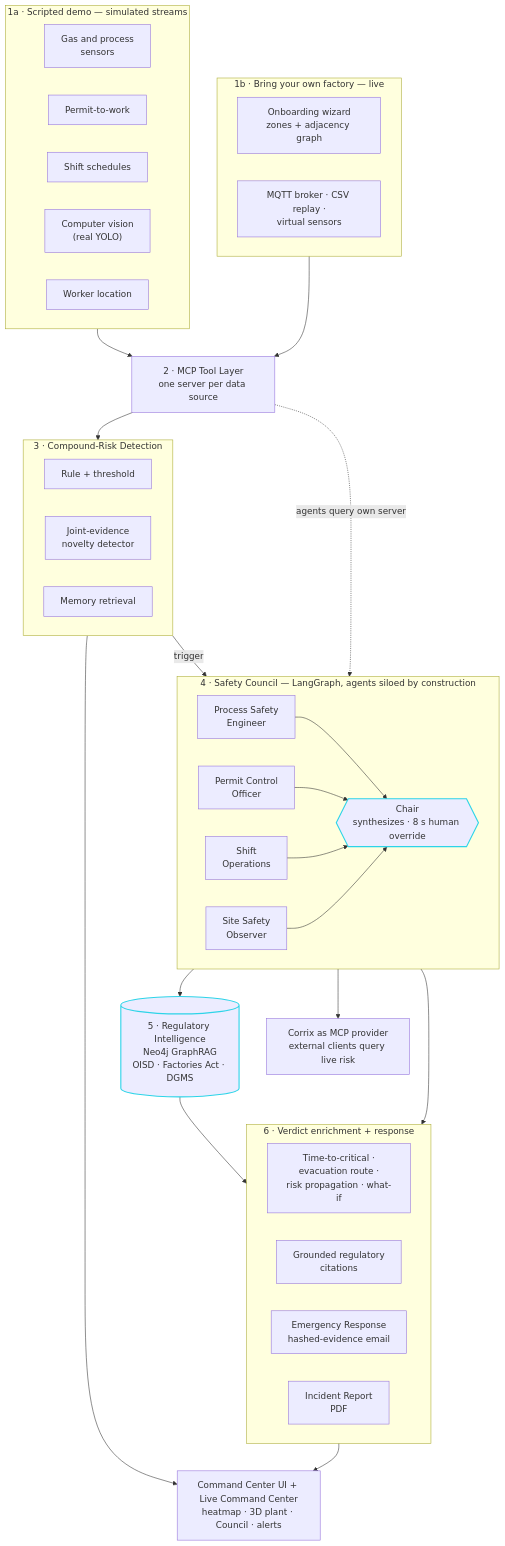
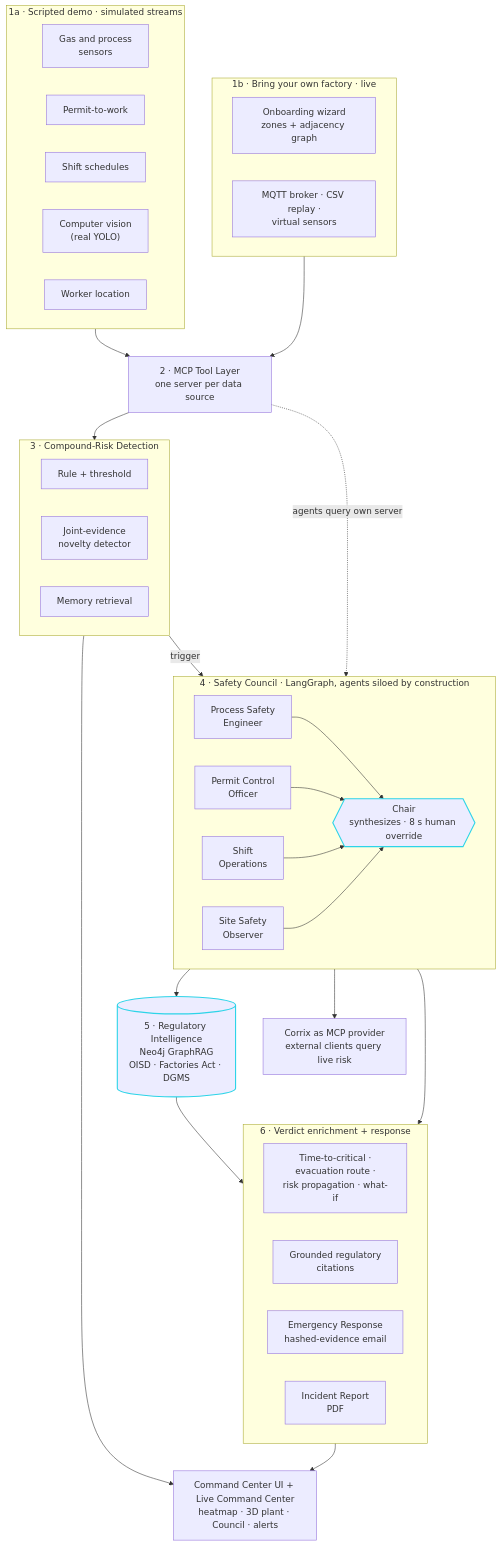
The diagram in README.md (sumanthd032/Corrix), drawn with Mermaid before and after one commit. The commit also changed other lines of this file, not shown here.

````diff
--- a/README.md
+++ b/README.md
@@ -75,67 +75,67 @@
 ```mermaid
 flowchart TB
-    subgraph SRC["1a · Scripted demo — simulated streams"]
+    subgraph SRC["1a · Scripted demo · simulated streams"]
         direction LR
         GAS["Gas and process<br/>sensors"]
         PER["Permit-to-work"]
         SHF["Shift schedules"]
         CVS["Computer vision<br/>(real YOLO)"]
         LOC["Worker location"]
     end
 
-    subgraph BYO["1b · Bring your own factory — live"]
+    subgraph BYO["1b · Bring your own factory · live"]
         direction LR
         WIZ["Onboarding wizard<br/>zones + adjacency graph"]
         MQT["MQTT broker · CSV replay ·<br/>virtual sensors"]
     end
 
     MCP["2 · MCP Tool Layer<br/>one server per data source"]
 
     subgraph DET["3 · Compound-Risk Detection"]
         direction LR
         RULE["Rule + threshold"]
         NOV["Joint-evidence<br/>novelty detector"]
         MEM["Memory retrieval"]
     end
 
-    subgraph CNCL["4 · Safety Council — LangGraph, agents siloed by construction"]
+    subgraph CNCL["4 · Safety Council · LangGraph, agents siloed by construction"]
         direction LR
         A1["Process Safety<br/>Engineer"]
         A2["Permit Control<br/>Officer"]
         A3["Shift<br/>Operations"]
         A4["Site Safety<br/>Observer"]
         CHAIR{{"Chair<br/>synthesizes · 8 s human override"}}
     end
 
     REG[("5 · Regulatory Intelligence<br/>Neo4j GraphRAG<br/>OISD · Factories Act · DGMS")]
 
     subgraph OUT["6 · Verdict enrichment + response"]
         direction LR
         FC["Time-to-critical ·<br/>evacuation route ·<br/>risk propagation · what-if"]
         CIT["Grounded regulatory<br/>citations"]
         ERO["Emergency Response<br/>hashed-evidence email"]
         RPT["Incident Report<br/>PDF"]
     end
 
     UI["Command Center UI + Live Command Center<br/>heatmap · 3D plant · Council · alerts"]
     EXT["Corrix as MCP provider<br/>external clients query live risk"]
 
     SRC --> MCP
     BYO --> MCP
     MCP --> DET
     MCP -. "agents query own server" .-> CNCL
     DET -- "trigger" --> CNCL
     A1 --> CHAIR
     A2 --> CHAIR
     A3 --> CHAIR
     A4 --> CHAIR
     CHAIR --> REG
     CHAIR --> OUT
     REG --> CIT
     OUT --> UI
     DET --> UI
     CHAIR --> EXT
 
     classDef accent stroke:#2dd4e8,stroke-width:2px;
     class CHAIR,REG accent;
 ```
````
